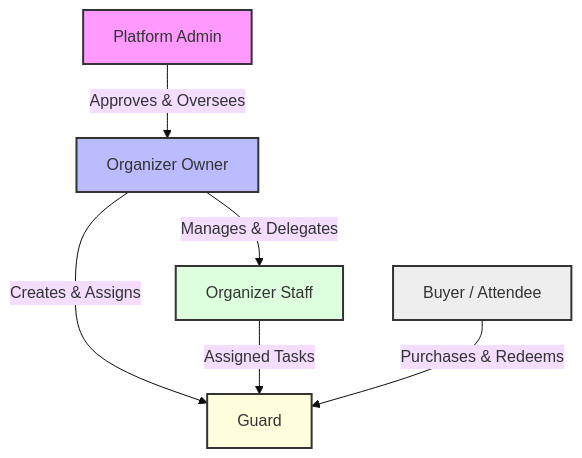
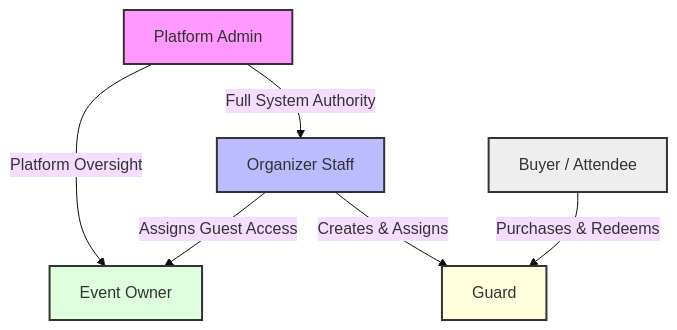
Before and after one commit to kreativesahara/ticket: the first of 2 diagrams in doc/roleandprivileage.md, drawn with Mermaid (base theme). The commit also changed other lines of this file and 7 other files, not shown here.

Commit message:
refactor: update roles by replacing organizer owner with event owner and expanding staff privileges

````diff
--- a/doc/roleandprivileage.md
+++ b/doc/roleandprivileage.md
@@ -22,20 +22,20 @@
 ```mermaid
 graph TD
     classDef admin fill:#f9f,stroke:#333,stroke-width:2px;
-    classDef owner fill:#bbf,stroke:#333,stroke-width:2px;
-    classDef staff fill:#dfd,stroke:#333,stroke-width:2px;
+    classDef staff fill:#bbf,stroke:#333,stroke-width:2px;
+    classDef eventOwner fill:#dfd,stroke:#333,stroke-width:2px;
     classDef guard fill:#ffd,stroke:#333,stroke-width:2px;
     classDef guest fill:#eee,stroke:#333,stroke-width:2px;
 
     PA[Platform Admin]:::admin
-    OO[Organizer Owner]:::owner
     OS[Organizer Staff]:::staff
+    EO[Event Owner]:::eventOwner
     GD[Guard]:::guard
     BY[Buyer / Attendee]:::guest
 
-    PA -->|Approves & Oversees| OO
-    OO -->|Manages & Delegates| OS
-    OO -->|Creates & Assigns| GD
-    OS -->|Assigned Tasks| GD
+    PA -->|Full System Authority| OS
+    PA -->|Platform Oversight| EO
+    OS -->|Assigns Guest Access| EO
+    OS -->|Creates & Assigns| GD
     BY -->|Purchases & Redeems| GD
 ```
````
